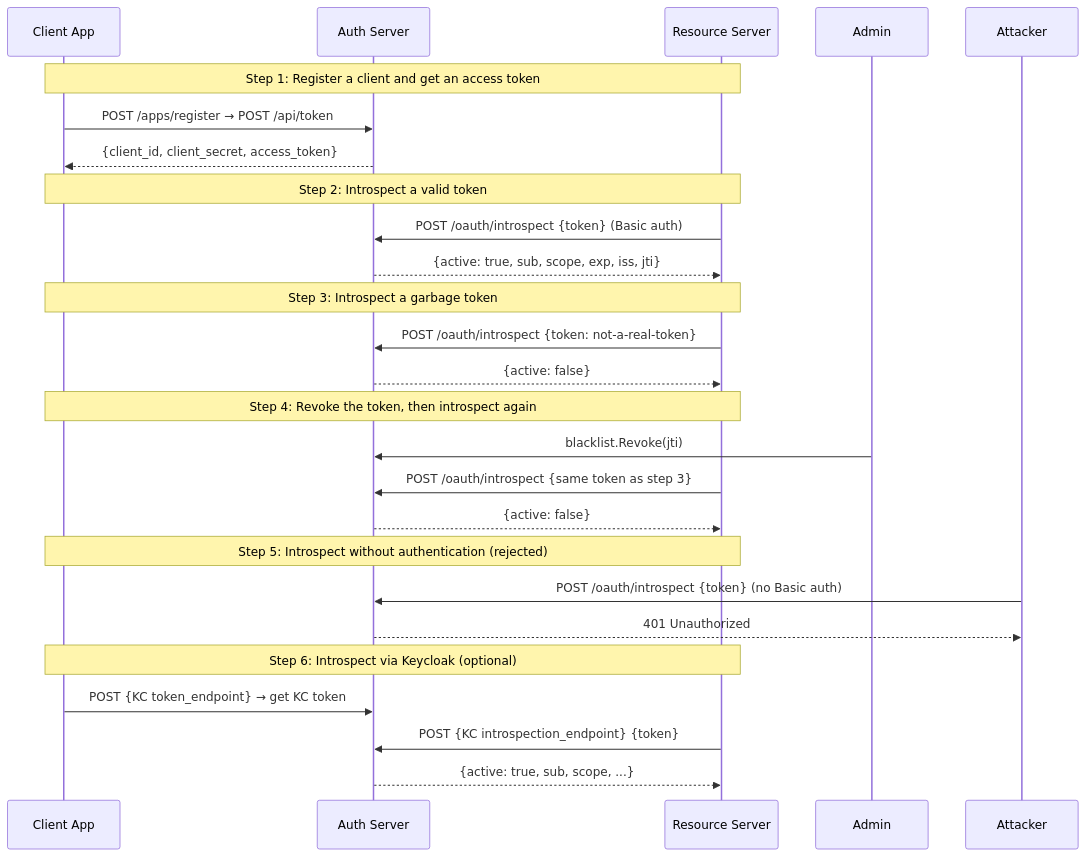
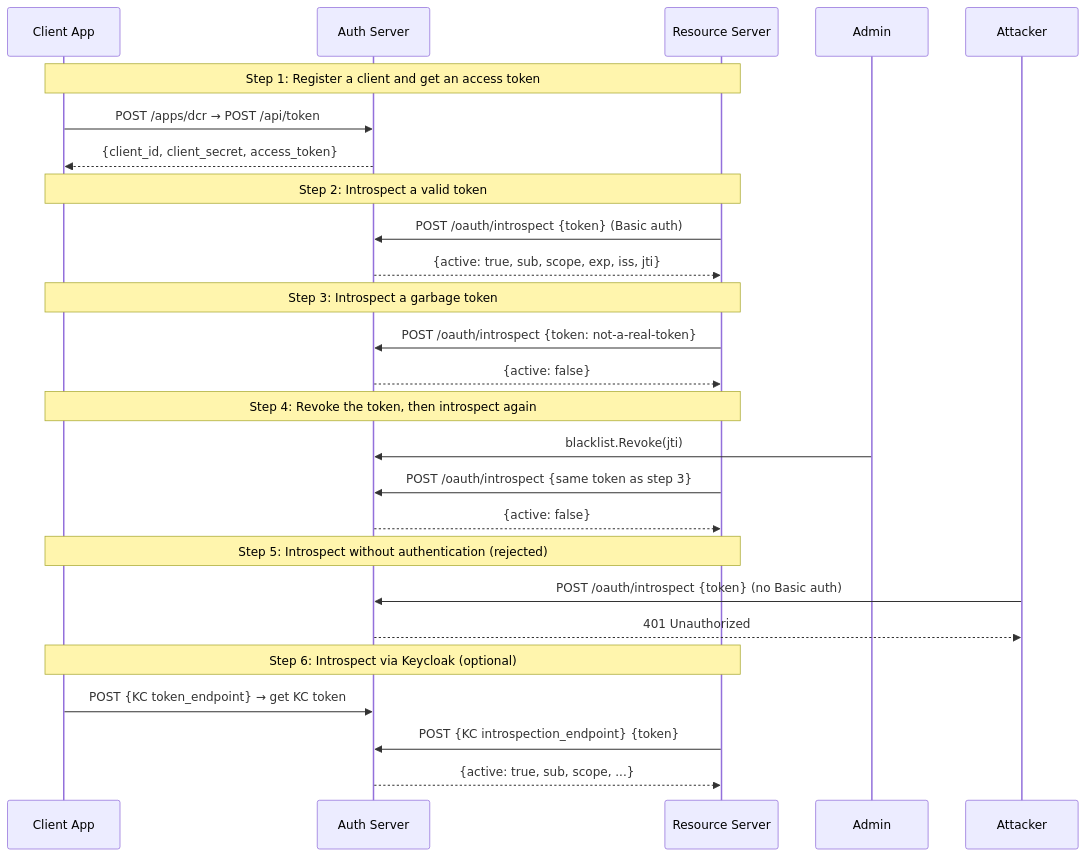
The diagram in examples/05-introspection/WALKTHROUGH.md (panyam/oneauth), drawn with Mermaid before and after one commit. The commit also changed 26 other files, not shown here.

First line of the commit message:
chore(examples): refresh against post-#207/#189/#217/#218 API surface + bump demokit v0.0.21 → v0.0.25

````diff
--- a/examples/05-introspection/WALKTHROUGH.md
+++ b/examples/05-introspection/WALKTHROUGH.md
@@ -16,32 +16,32 @@
 ```mermaid
 sequenceDiagram
     participant App as Client App
     participant AS as Auth Server
     participant RS as Resource Server
 
     Note over App,RS: Step 1: Register a client and get an access token
-    App->>AS: POST /apps/register → POST /api/token
+    App->>AS: POST /apps/dcr → POST /api/token
     AS-->>App: {client_id, client_secret, access_token}
 
     Note over App,RS: Step 2: Introspect a valid token
     RS->>AS: POST /oauth/introspect {token} (Basic auth)
     AS-->>RS: {active: true, sub, scope, exp, iss, jti}
 
     Note over App,RS: Step 3: Introspect a garbage token
     RS->>AS: POST /oauth/introspect {token: not-a-real-token}
     AS-->>RS: {active: false}
 
     Note over App,RS: Step 4: Revoke the token, then introspect again
     Admin->>AS: blacklist.Revoke(jti)
     RS->>AS: POST /oauth/introspect {same token as step 3}
     AS-->>RS: {active: false}
 
     Note over App,RS: Step 5: Introspect without authentication (rejected)
     Attacker->>AS: POST /oauth/introspect {token} (no Basic auth)
     AS-->>Attacker: 401 Unauthorized
 
     Note over App,RS: Step 6: Introspect via Keycloak (optional)
     App->>AS: POST {KC token_endpoint} → get KC token
     RS->>AS: POST {KC introspection_endpoint} {token}
     AS-->>RS: {active: true, sub, scope, ...}
 ```
````
